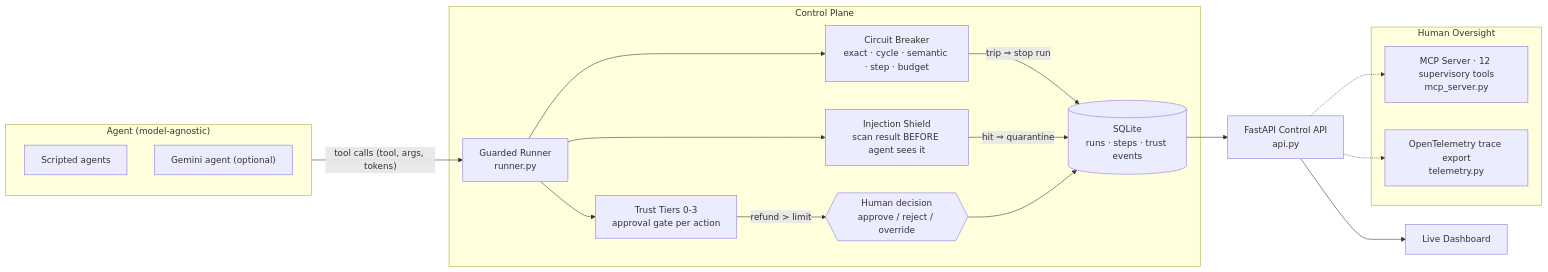
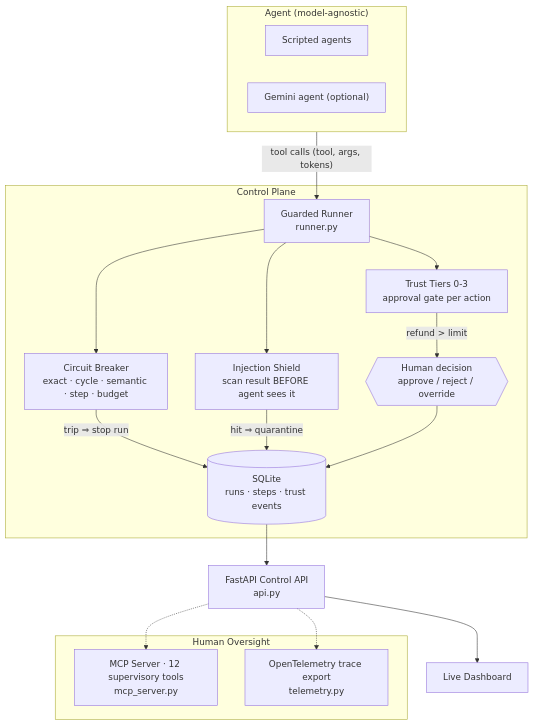
The diagram in README.md (ShaswataBarua/agentops-guardian), drawn with Mermaid before and after one commit. The commit also changed other lines of this file, not shown here.

Commit message:
Swap in GitDiagram architecture map with clickable source links

````diff
--- a/README.md
+++ b/README.md
@@ -27,25 +29,26 @@
 ```mermaid
-flowchart LR
+%% Generated by https://gitdiagram.com/shaswatabarua/agentops-guardian
+flowchart TD
   subgraph AG["Agent (model-agnostic)"]
     SC["Scripted agents"]
     GA["Gemini agent (optional)"]
   end
   AG -->|"tool calls (tool, args, tokens)"| RN["Guarded Runner<br/>runner.py"]
   subgraph CTRL["   Control Plane   "]
     RN --> BK["Circuit Breaker<br/>exact · cycle · semantic · step · budget"]
     BK -->|"trip ⇒ stop run"| ST[(SQLite<br/>runs · steps · trust events)]
     RN --> SH["Injection Shield<br/>scan result BEFORE agent sees it"]
     SH -->|"hit ⇒ quarantine"| ST
     RN --> TA["Trust Tiers 0-3<br/>approval gate per action"]
     TA -->|"refund > limit"| HU{{"Human decision<br/>approve / reject / override"}}
     HU --> ST
   end
   ST --> API["FastAPI Control API<br/>api.py"]
   API --> DASH["Live Dashboard"]
   subgraph HUM["Human Oversight"]
     MC["MCP Server · 12 supervisory tools<br/>mcp_server.py"]
     TL["OpenTelemetry trace export<br/>telemetry.py"]
   end
   API -.-> MC
   API -.-> TL
 ```
````
